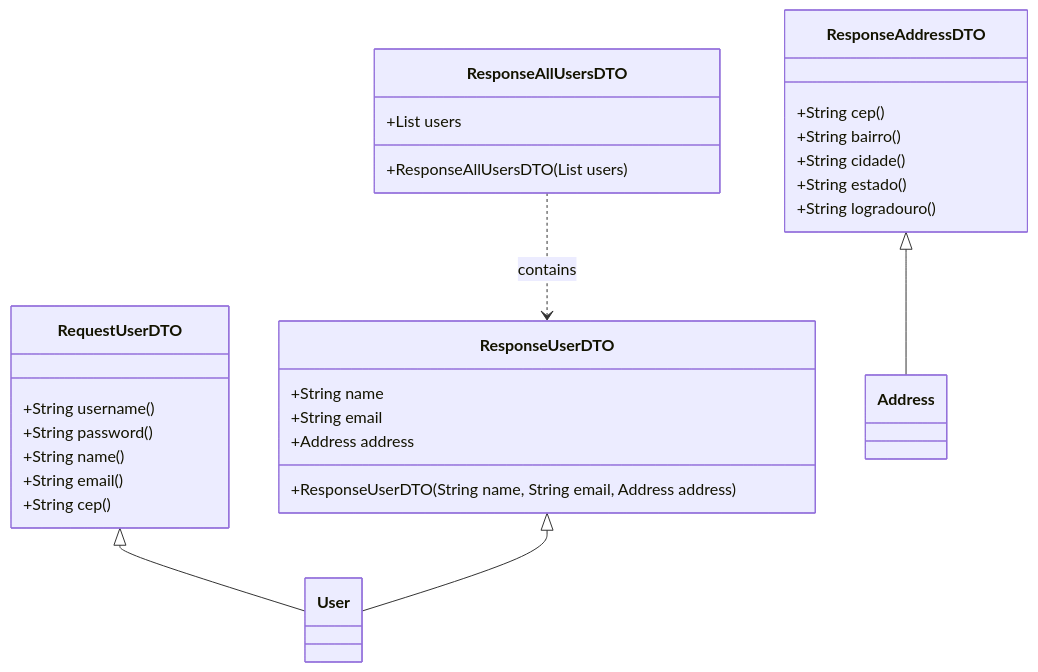
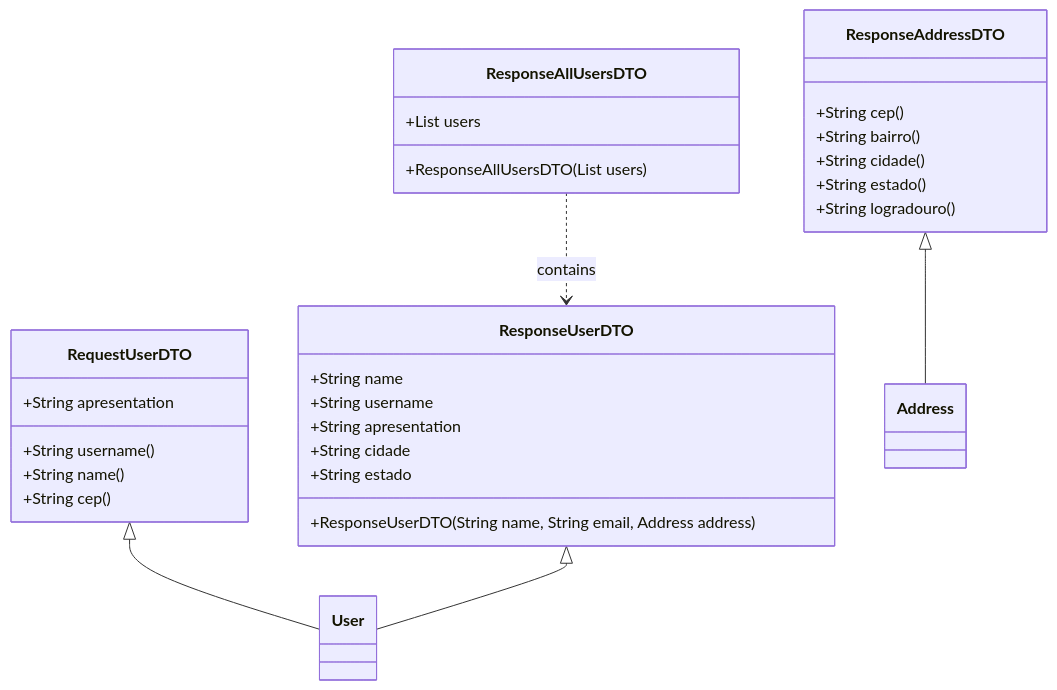
Before and after one commit to Gabrielsoac/user-api: the third of 4 diagrams in README.md, drawn with Mermaid. The commit also changed other lines of this file, not shown here.

````diff
--- a/README.md
+++ b/README.md
@@ -65,40 +64,42 @@
 ```mermaid
 
    classDiagram
     %% DTO Classes
     class ResponseAddressDTO {
         +String cep()
         +String bairro()
         +String cidade()
         +String estado()
         +String logradouro()
     }
 
     class RequestUserDTO {
         +String username()
-        +String password()
-        +String name()
-        +String email()
+        +String name()    
+        +String apresentation
         +String cep()
     }
 
     class ResponseUserDTO {
         +ResponseUserDTO(String name, String email, Address address)
         +String name
-        +String email
-        +Address address
+        +String username
+        +String apresentation
+        +String cidade
+        +String estado
+
     }
 
     class ResponseAllUsersDTO {
         +ResponseAllUsersDTO(List<ResponseUserDTO> users)
         +List<ResponseUserDTO> users
     }
 
     %% Relationships
     ResponseAddressDTO <|-- Address
     RequestUserDTO <|-- User
     ResponseUserDTO <|-- User
     ResponseAllUsersDTO ..> ResponseUserDTO : contains
 
 
 ```
````
